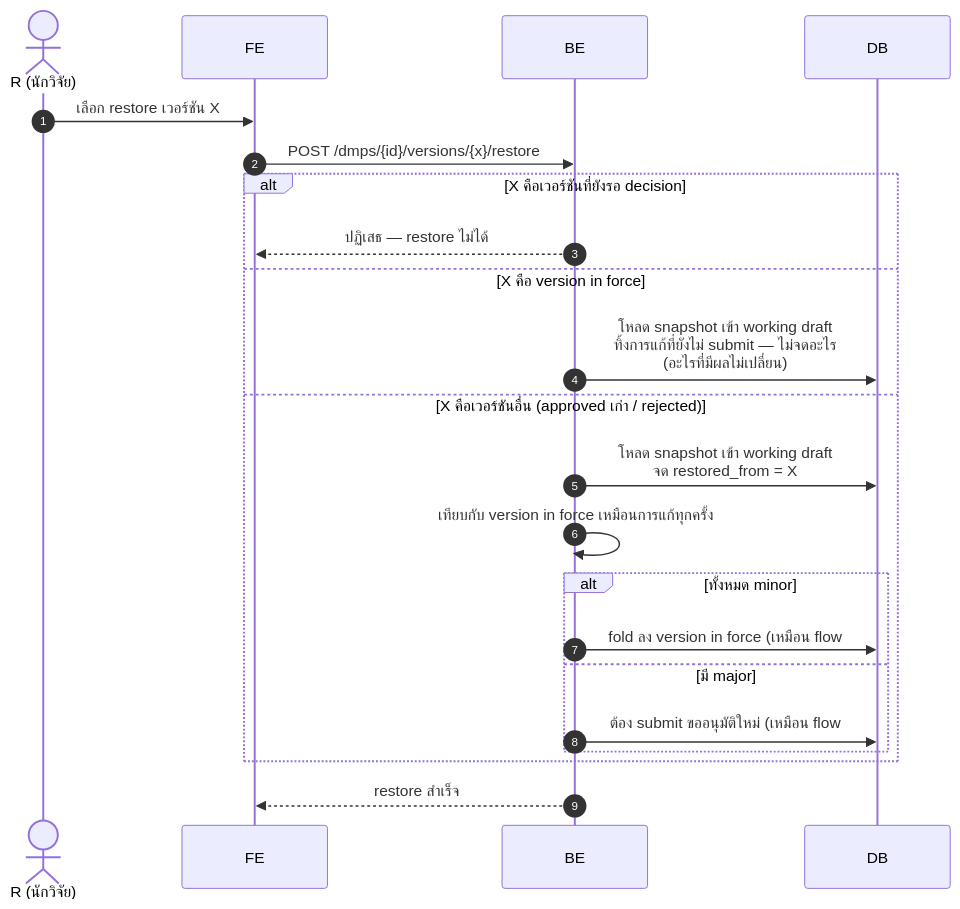
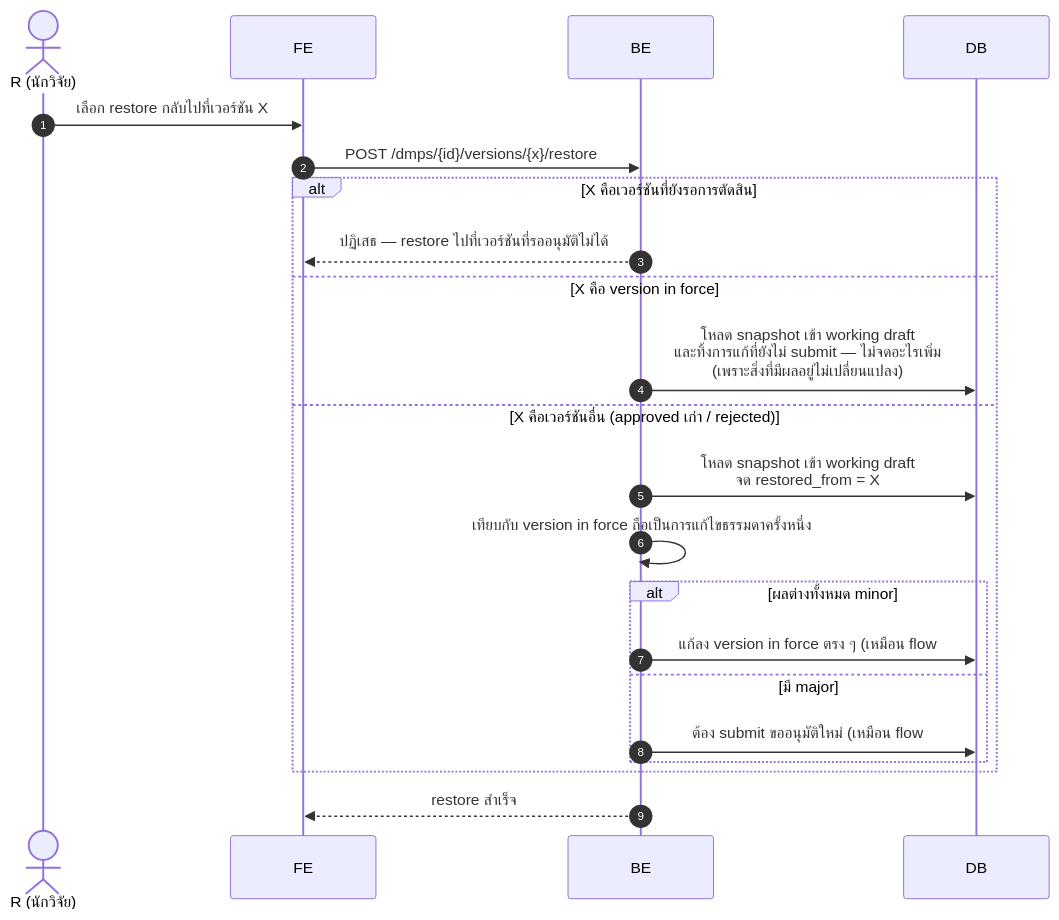
The tenth of 14 diagrams in docs/architecture/sequence-diagrams.md (Open-Science-and-Data-management/Backend), drawn with Mermaid before and after one commit. The commit also changed other lines of this file and 15 other files, not shown here.

````diff
--- a/docs/architecture/sequence-diagrams.md
+++ b/docs/architecture/sequence-diagrams.md
@@ -352,25 +387,25 @@
 ```mermaid
 sequenceDiagram
     autonumber
     actor R as R (นักวิจัย)
     participant FE as FE
     participant BE as BE
     participant DB as DB
 
-    R->>FE: เลือก restore เวอร์ชัน X
+    R->>FE: เลือก restore กลับไปที่เวอร์ชัน X
     FE->>BE: POST /dmps/{id}/versions/{x}/restore
-    alt X คือเวอร์ชันที่ยังรอ decision
-        BE-->>FE: ปฏิเสธ — restore ไม่ได้
+    alt X คือเวอร์ชันที่ยังรอการตัดสิน
+        BE-->>FE: ปฏิเสธ — restore ไปที่เวอร์ชันที่รออนุมัติไม่ได้
     else X คือ version in force
-        BE->>DB: โหลด snapshot เข้า working draft<br/>ทิ้งการแก้ที่ยังไม่ submit — ไม่จดอะไร<br/>(อะไรที่มีผลไม่เปลี่ยน)
+        BE->>DB: โหลด snapshot เข้า working draft<br/>และทิ้งการแก้ที่ยังไม่ submit — ไม่จดอะไรเพิ่ม<br/>(เพราะสิ่งที่มีผลอยู่ไม่เปลี่ยนแปลง)
     else X คือเวอร์ชันอื่น (approved เก่า / rejected)
         BE->>DB: โหลด snapshot เข้า working draft<br/>จด restored_from = X
-        BE->>BE: เทียบกับ version in force เหมือนการแก้ทุกครั้ง
-        alt ทั้งหมด minor
-            BE->>DB: fold ลง version in force (เหมือน flow #8)
+        BE->>BE: เทียบกับ version in force ถือเป็นการแก้ไขธรรมดาครั้งหนึ่ง
+        alt ผลต่างทั้งหมด minor
+            BE->>DB: แก้ลง version in force ตรง ๆ (เหมือน flow #8)
         else มี major
             BE->>DB: ต้อง submit ขออนุมัติใหม่ (เหมือน flow #9)
         end
     end
     BE-->>FE: restore สำเร็จ
 ```
````
